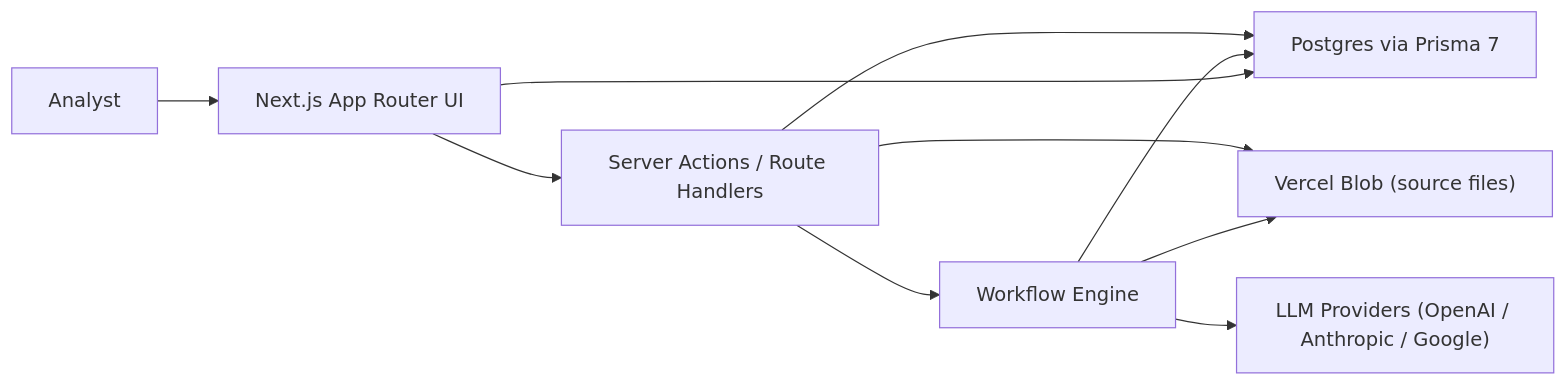
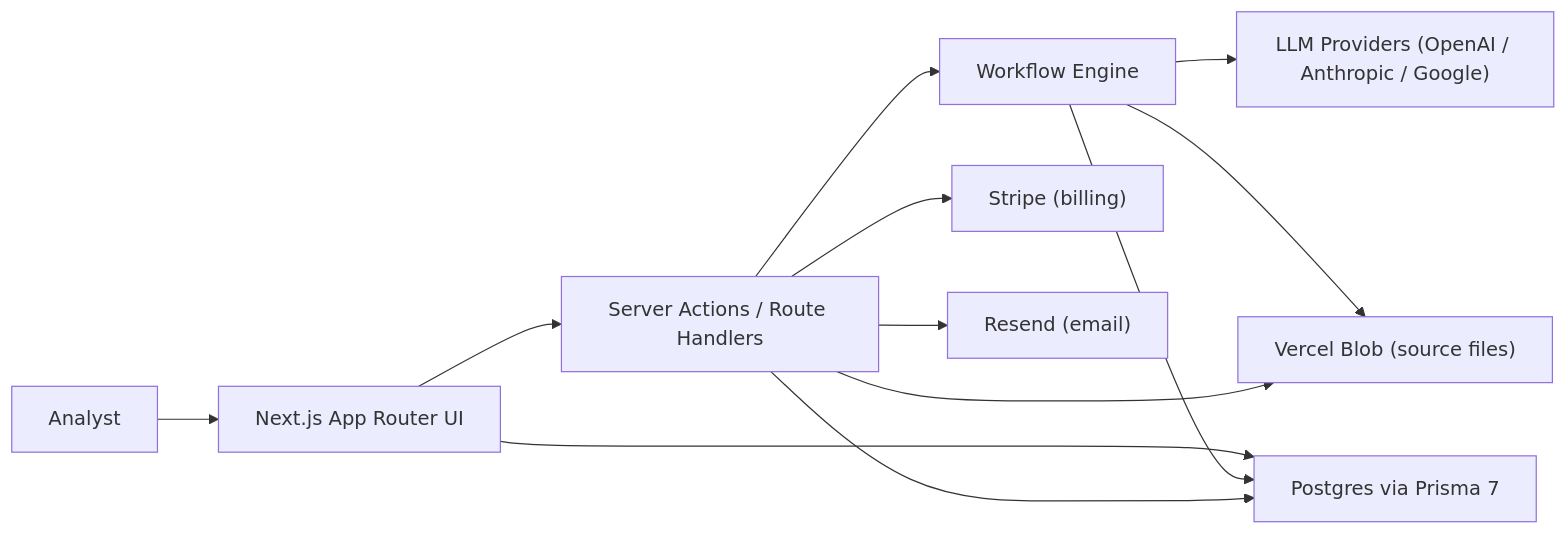
Before and after one commit to Ksmike/freakout.lol: the first of 2 diagrams in docs/ARCHITECTURE.md, drawn with Mermaid. The commit also changed other lines of this file and 55 other files, not shown here.

````diff
--- a/docs/ARCHITECTURE.md
+++ b/docs/ARCHITECTURE.md
@@ -7,12 +7,14 @@
 ```mermaid
 flowchart LR
   U["Analyst"] --> UI["Next.js App Router UI"]
   UI --> SA["Server Actions / Route Handlers"]
   SA --> DB["Postgres via Prisma 7"]
   SA --> BLOB["Vercel Blob (source files)"]
   SA --> WF["Workflow Engine"]
+  SA --> STRIPE["Stripe (billing)"]
+  SA --> EMAIL["Resend (email)"]
   WF --> LLM["LLM Providers (OpenAI / Anthropic / Google)"]
   WF --> DB
   WF --> BLOB
   UI --> DB
 ```
````
